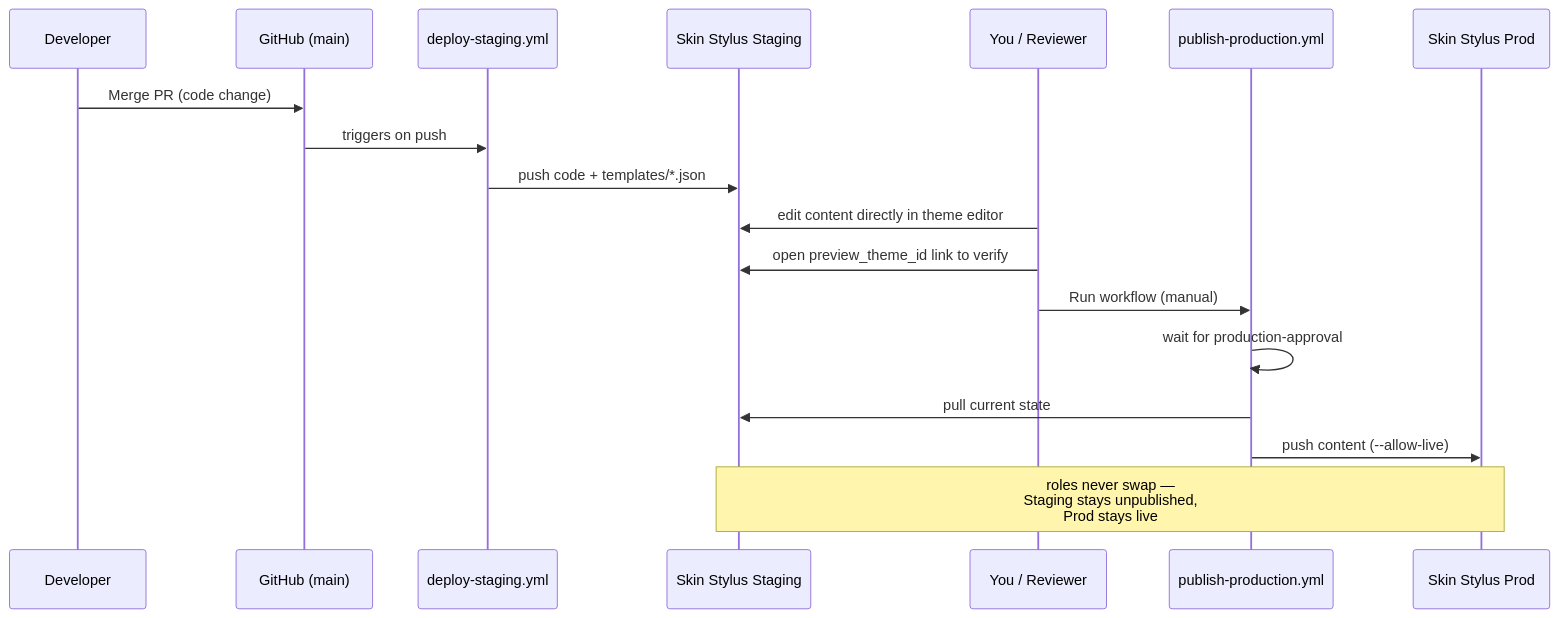
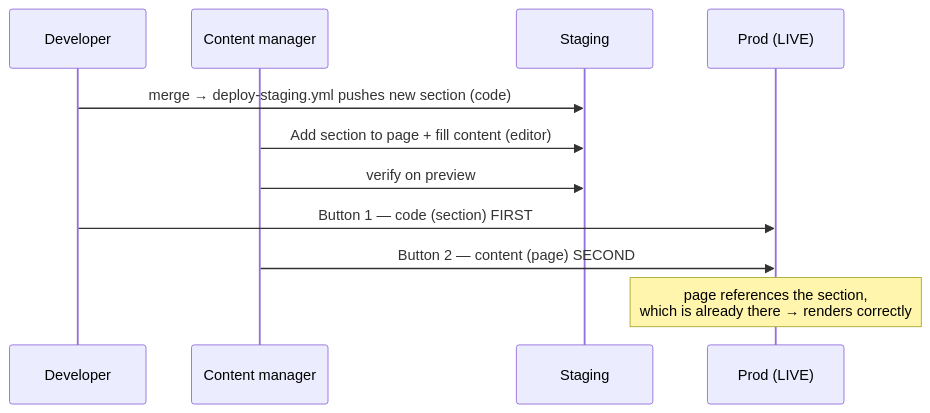
The second of 2 diagrams in docs/THEME_CI_CD.md (chinmaycoditas/skin-stylus-coditas), drawn with Mermaid before and after one commit. The commit also changed other lines of this file and 4 other files, not shown here.

First line of the commit message:
Split theme pipeline into code and content lanes

````diff
--- a/docs/THEME_CI_CD.md
+++ b/docs/THEME_CI_CD.md
@@ -48,23 +166,14 @@
 ```mermaid
 sequenceDiagram
     participant Dev as Developer
-    participant GH as GitHub (main)
-    participant CI as deploy-staging.yml
-    participant Stg as Skin Stylus Staging
-    participant You as You / Reviewer
-    participant Pub as publish-production.yml
-    participant Prod as Skin Stylus Prod
+    participant CM as Content manager
+    participant Stg as Staging
+    participant Prod as Prod (LIVE)
 
-    Dev->>GH: Merge PR (code change)
-    GH->>CI: triggers on push
-    CI->>Stg: push code + templates/*.json
-
-    You->>Stg: edit content directly in theme editor
-    You->>Stg: open preview_theme_id link to verify
-
-    You->>Pub: Run workflow (manual)
-    Pub->>Pub: wait for production-approval
-    Pub->>Stg: pull current state
-    Pub->>Prod: push content (--allow-live)
-    Note over Stg,Prod: roles never swap —<br/>Staging stays unpublished,<br/>Prod stays live
+    Dev->>Stg: merge → deploy-staging.yml pushes new section (code)
+    CM->>Stg: Add section to page + fill content (editor)
+    CM->>Stg: verify on preview
+    Dev->>Prod: Button 1 — code (section) FIRST
+    CM->>Prod: Button 2 — content (page) SECOND
+    Note over Prod: page references the section,<br/>which is already there → renders correctly
 ```
````
